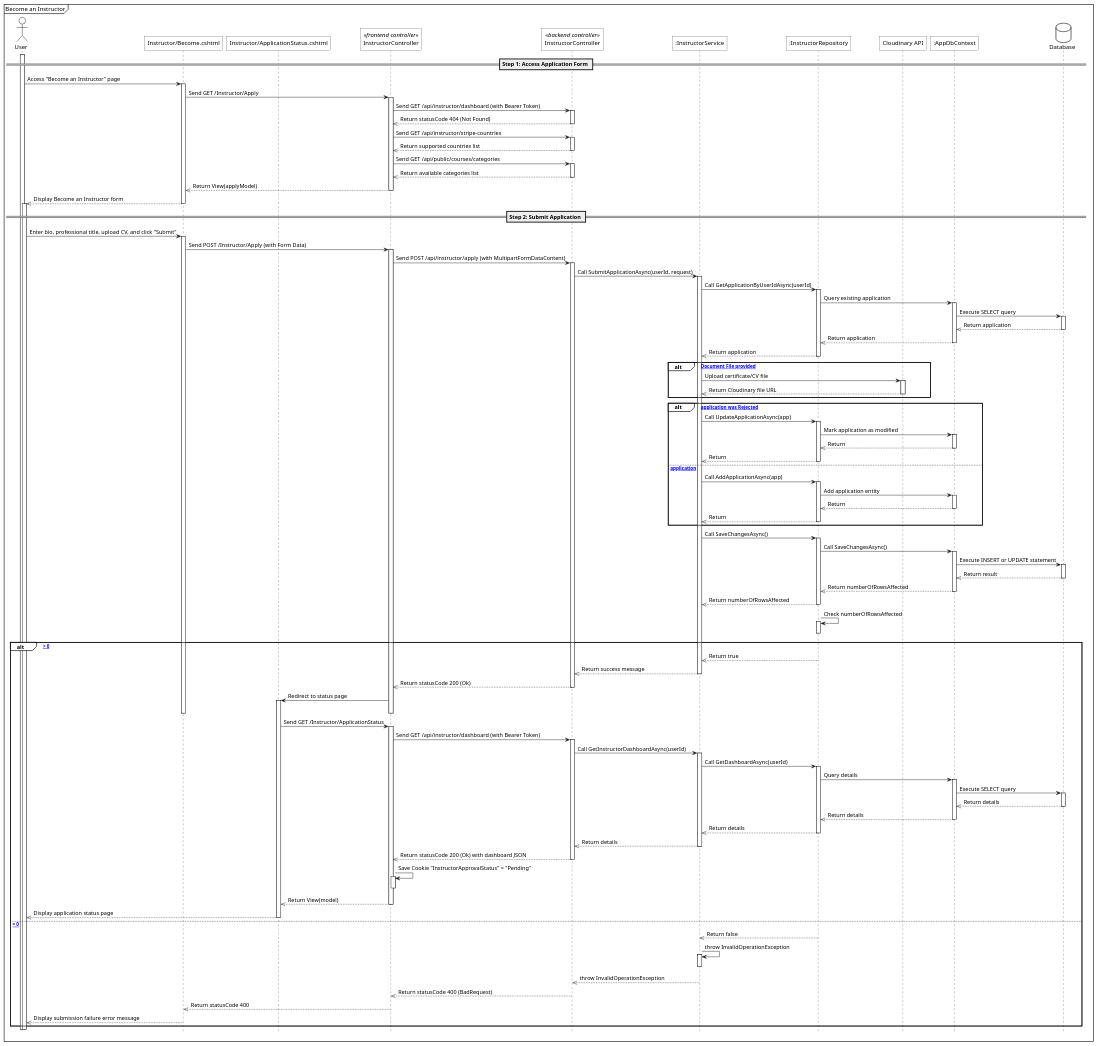
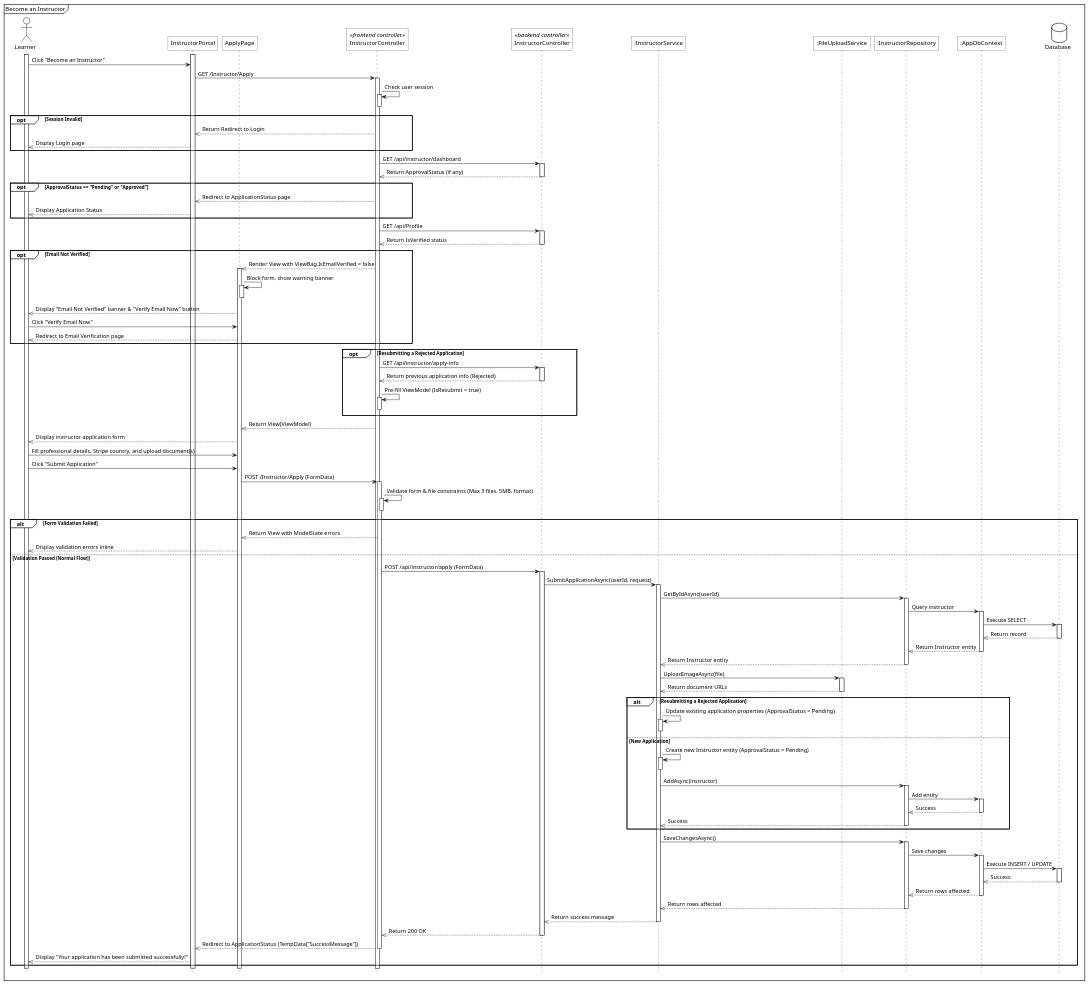
The diagram in diagrams/sequence/instructor/sq_become_instructor.plantuml (1000do/Linked), drawn with PlantUML before and after one commit. The commit also changed 65 other files, not shown here.

Commit message:
feat: implement checkout service, gift controller, and complete architecture documentation for finance and transaction modules

```diff
--- a/diagrams/sequence/instructor/sq_become_instructor.plantuml
+++ b/diagrams/sequence/instructor/sq_become_instructor.plantuml
@@ -1,136 +1,140 @@
 @startuml 
 <style>
     sequenceDiagram{
         actor{
             BackgroundColor white
             LineThickness 1.0
         }
         participant{
             BackgroundColor white
             RoundCorner 0
         }
         database{
-            BackgroundColor white
+            BackgroundColor white   
         }
         groupHeader{
             BackgroundColor white
         }
         referenceHeader{
             BackgroundColor white
         }
         reference{
             BackgroundColor white
         }
     }
 </style>
 
 hide footbox
+mainframe Become an Instructor
 
-mainframe Become an Instructor
-actor User as act
-
-participant "Instructor/Become.cshtml" as view
-participant "Instructor/ApplicationStatus.cshtml" as status_view
+actor "Learner" as act
+participant "InstructorPortal" as portal
+participant "ApplyPage" as view
 participant "InstructorController" as fe_ctrl <<frontend controller>>
 participant "InstructorController" as be_ctrl <<backend controller>>
 participant ":InstructorService" as sv
+participant ":FileUploadService" as upload
 participant ":InstructorRepository" as repo
-participant "Cloudinary API" as cloud
 participant ":AppDbContext" as ctx
 database Database as db
 
-== Step 1: Access Application Form ==
-act++
-act->view++: Access "Become an Instructor" page
-view->fe_ctrl++: Send GET /Instructor/Apply
+act ++
+portal ++
 
-fe_ctrl->be_ctrl++: Send GET /api/instructor/dashboard (with Bearer Token)
-be_ctrl-->>fe_ctrl--: Return statusCode 404 (Not Found)
+act -> portal: Click "Become an Instructor"
+portal -> fe_ctrl++: GET /Instructor/Apply
 
-fe_ctrl->be_ctrl++: Send GET /api/instructor/stripe-countries
-be_ctrl-->>fe_ctrl--: Return supported countries list
+fe_ctrl -> fe_ctrl++: Check user session
+fe_ctrl--
 
-fe_ctrl->be_ctrl++: Send GET /api/public/courses/categories
-be_ctrl-->>fe_ctrl--: Return available categories list
-
-fe_ctrl-->>view--: Return View(applyModel)
-view-->>act--: Display Become an Instructor form
-
-== Step 2: Submit Application ==
-act++
-act->view++: Enter bio, professional title, upload CV, and click "Submit"
-view->fe_ctrl++: Send POST /Instructor/Apply (with Form Data)
-
-fe_ctrl->be_ctrl++: Send POST /api/instructor/apply (with MultipartFormDataContent)
-
-be_ctrl->sv++: Call SubmitApplicationAsync(userId, request)
-sv->repo++: Call GetApplicationByUserIdAsync(userId)
-repo->ctx++: Query existing application
-ctx->db++: Execute SELECT query
-db-->>ctx--: Return application
-ctx-->>repo--: Return application
-repo-->>sv--: Return application
-
-alt [CV Document File provided]
-    sv->cloud++: Upload certificate/CV file
-    cloud-->>sv--: Return Cloudinary file URL
+opt Session Invalid
+    fe_ctrl -->> portal: Return Redirect to Login
+    portal -->> act: Display Login page
 end
 
-alt [Previous application was Rejected]
-    sv->repo++: Call UpdateApplicationAsync(app)
-    repo->ctx++: Mark application as modified
-    ctx-->>repo--: Return
-    repo-->>sv--: Return
-else [New application]
-    sv->repo++: Call AddApplicationAsync(app)
-    repo->ctx++: Add application entity
-    ctx-->>repo--: Return
-    repo-->>sv--: Return
+fe_ctrl -> be_ctrl++: GET /api/instructor/dashboard
+be_ctrl -->> fe_ctrl--: Return ApprovalStatus (if any)
+
+opt ApprovalStatus == "Pending" or "Approved"
+    fe_ctrl -->> portal: Redirect to ApplicationStatus page
+    portal -->> act: Display Application Status
 end
 
-sv->repo++: Call SaveChangesAsync()
-repo->ctx++: Call SaveChangesAsync()
-ctx->db++: Execute INSERT or UPDATE statement
-db-->>ctx--: Return result
-ctx-->>repo--: Return numberOfRowsAffected
-repo-->>sv--: Return numberOfRowsAffected
+fe_ctrl -> be_ctrl++: GET /api/Profile
+be_ctrl -->> fe_ctrl--: Return IsVerified status
 
-repo->repo++: Check numberOfRowsAffected
-repo--
+opt Email Not Verified
+    fe_ctrl -->> view++: Render View with ViewBag.IsEmailVerified = false
+    view -> view++: Block form, show warning banner
+    view--
+    view -->> act: Display "Email Not Verified" banner & "Verify Email Now" button
+    act -> view: Click "Verify Email Now"
+    view -->> act: Redirect to Email Verification page
+end
 
-alt [numberOfRowsAffected > 0]
-    repo-->>sv: Return true
-    sv-->>be_ctrl--: Return success message
-    be_ctrl-->>fe_ctrl--: Return statusCode 200 (Ok)
+opt Resubmitting a Rejected Application
+    fe_ctrl -> be_ctrl++: GET /api/instructor/apply-info
+    be_ctrl -->> fe_ctrl--: Return previous application info (Rejected)
+    fe_ctrl -> fe_ctrl++: Pre-fill ViewModel (IsResubmit = true)
+    fe_ctrl--
+end
+
+fe_ctrl -->> view: Return View(ViewModel)
+view -->> act: Display instructor application form
+
+act -> view: Fill professional details, Stripe country, and upload document(s)
+act -> view: Click "Submit Application"
+view -> fe_ctrl++: POST /Instructor/Apply (FormData)
+
+fe_ctrl -> fe_ctrl++: Validate form & file constraints (Max 3 files, 5MB, format)
+fe_ctrl--
+
+alt Form Validation Failed
+    fe_ctrl -->> view: Return View with ModelState errors
+    view -->> act: Display validation errors inline
+else Validation Passed (Normal Flow)
+    fe_ctrl -> be_ctrl++: POST /api/instructor/apply (FormData)
     
-    fe_ctrl -> status_view++: Redirect to status page
-    deactivate fe_ctrl
-    deactivate view
+    be_ctrl -> sv++: SubmitApplicationAsync(userId, request)
     
-    status_view->fe_ctrl++: Send GET /Instructor/ApplicationStatus
-    fe_ctrl->be_ctrl++: Send GET /api/instructor/dashboard (with Bearer Token)
-    be_ctrl->sv++: Call GetInstructorDashboardAsync(userId)
-    sv->repo++: Call GetDashboardAsync(userId)
-    repo->ctx++: Query details
-    ctx->db++: Execute SELECT query
-    db-->>ctx--: Return details
-    ctx-->>repo--: Return details
-    repo-->>sv--: Return details
-    sv-->>be_ctrl--: Return details
-    be_ctrl-->>fe_ctrl--: Return statusCode 200 (Ok) with dashboard JSON
+    sv -> repo++: GetByIdAsync(userId)
+    repo -> ctx++: Query instructor
+    ctx -> db++: Execute SELECT
+    db -->> ctx--: Return record
+    ctx -->> repo--: Return Instructor entity
+    repo -->> sv--: Return Instructor entity
     
-    fe_ctrl->fe_ctrl++: Save Cookie "InstructorApprovalStatus" = "Pending"
-    fe_ctrl--
-    fe_ctrl-->>status_view--: Return View(model)
-    deactivate fe_ctrl
-    status_view-->>act--: Display application status page
-else [numberOfRowsAffected = 0]
-    repo-->>sv--: Return false
-    sv->sv++: throw InvalidOperationException
-    sv--
-    sv-->>be_ctrl--: throw InvalidOperationException
-    be_ctrl-->>fe_ctrl--: Return statusCode 400 (BadRequest)
-    fe_ctrl-->>view--: Return statusCode 400
-    view-->>act--: Display submission failure error message
+    sv -> upload++: UploadImageAsync(file)
+    upload -->> sv--: Return document URLs
+    
+    alt Resubmitting a Rejected Application
+        sv -> sv++: Update existing application properties (ApprovalStatus = Pending)
+        sv--
+    else New Application
+        sv -> sv++: Create new Instructor entity (ApprovalStatus = Pending)
+        sv--
+        sv -> repo++: AddAsync(instructor)
+        repo -> ctx++: Add entity
+        ctx -->> repo--: Success
+        repo -->> sv--: Success
+    end
+    
+    sv -> repo++: SaveChangesAsync()
+    repo -> ctx++: Save changes
+    ctx -> db++: Execute INSERT / UPDATE
+    db -->> ctx--: Success
+    ctx -->> repo--: Return rows affected
+    repo -->> sv--: Return rows affected
+    
+    sv -->> be_ctrl--: Return success message
+    be_ctrl -->> fe_ctrl--: Return 200 OK
+    
+    fe_ctrl -->> portal--: Redirect to ApplicationStatus (TempData["SuccessMessage"])
+    portal -->> act: Display "Your application has been submitted successfully!"
 end
+
+deactivate view
+deactivate portal
+deactivate act
+
 @enduml
```
